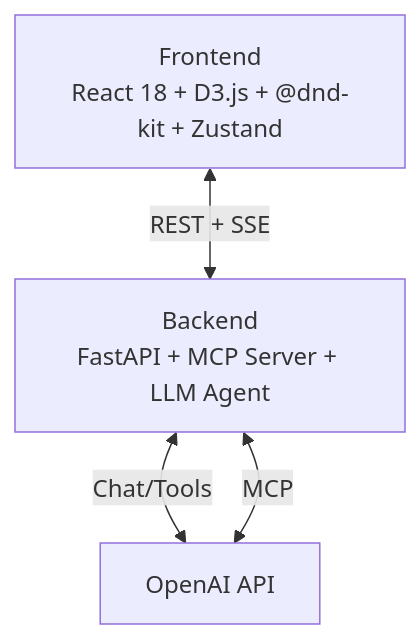
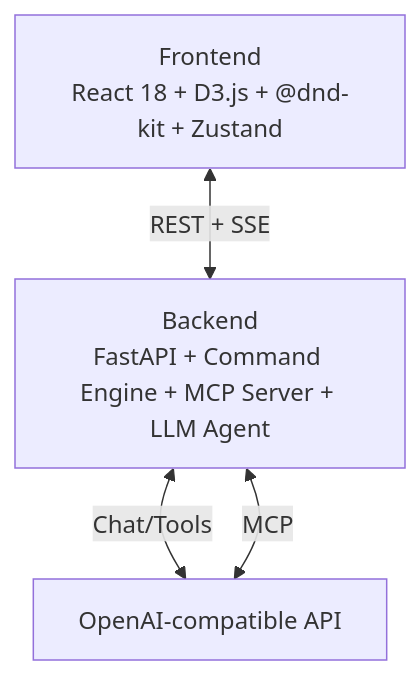
One commit to WahlbergRu/bio-board changed the diagram in README.md. Above: the diagram before and after it, drawn with Mermaid. The commit also changed other lines of this file and 1 other file, not shown here.

First line of the commit message:
docs: update README and ROADMAP to reflect current project state

````diff
--- a/README.md
+++ b/README.md
@@ -7,9 +7,9 @@
 ```mermaid
 graph TB
     FE["Frontend<br/>React 18 + D3.js + @dnd-kit + Zustand"]
-    BE["Backend<br/>FastAPI + MCP Server + LLM Agent"]
-    LLM["OpenAI API"]
+    BE["Backend<br/>FastAPI + Command Engine + MCP Server + LLM Agent"]
+    LLM["OpenAI-compatible API"]
     FE <-->|REST + SSE| BE
     BE <-->|Chat/Tools| LLM
     BE <-->|MCP| LLM
 ```
````
